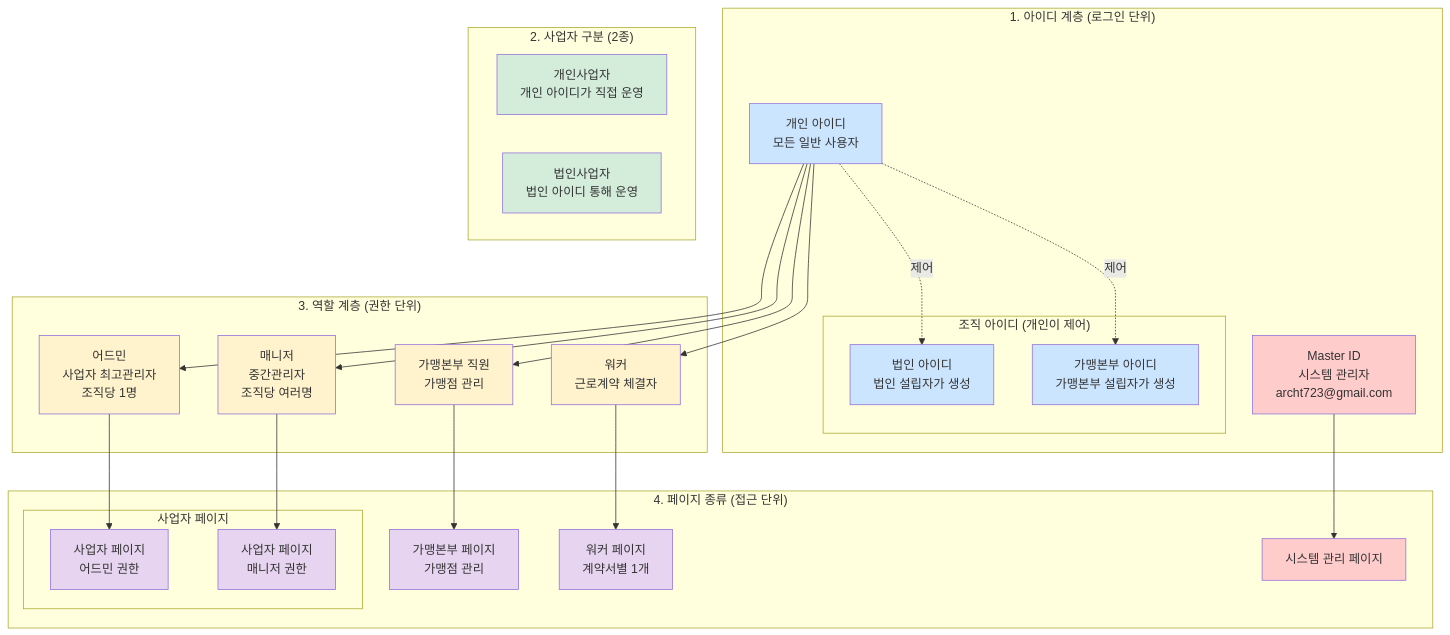
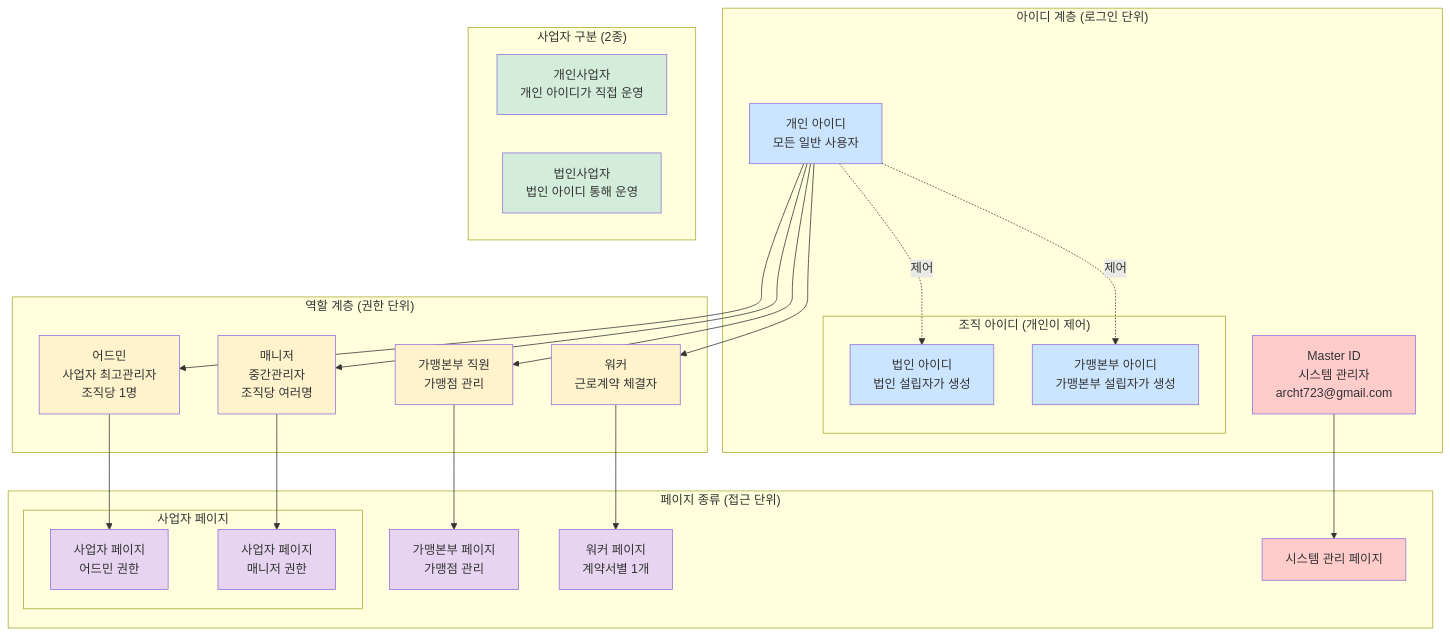
The first of 11 diagrams in services/attendance/user-permission-diagram.md (crazybass81/DOT), drawn with Mermaid before and after one commit.

Commit message:
[Auto-sync] 2025-09-03 06:20:17

````diff
--- a/services/attendance/user-permission-diagram.md
+++ b/services/attendance/user-permission-diagram.md
@@ -5,60 +5,60 @@
 ```mermaid
 graph TB
-    subgraph "1. 아이디 계층 (로그인 단위)"
+    subgraph " 아이디 계층 (로그인 단위)"
         Master[Master ID<br/>시스템 관리자<br/>archt723@gmail.com]
         PersonalID[개인 아이디<br/>모든 일반 사용자]
         
         subgraph "조직 아이디 (개인이 제어)"
             CorpID[법인 아이디<br/>법인 설립자가 생성]
             FranchiseID[가맹본부 아이디<br/>가맹본부 설립자가 생성]
         end
     end
     
-    subgraph "2. 사업자 구분 (2종)"
+    subgraph " 사업자 구분 (2종)"
         IndivBiz[개인사업자<br/>개인 아이디가 직접 운영]
         CorpBiz[법인사업자<br/>법인 아이디 통해 운영]
     end
     
-    subgraph "3. 역할 계층 (권한 단위)"
+    subgraph " 역할 계층 (권한 단위)"
         WorkerRole[워커<br/>근로계약 체결자]
         AdminRole[어드민<br/>사업자 최고관리자<br/>조직당 1명]
         ManagerRole[매니저<br/>중간관리자<br/>조직당 여러명]
         FranchiseRole[가맹본부 직원<br/>가맹점 관리]
     end
     
-    subgraph "4. 페이지 종류 (접근 단위)"
+    subgraph " 페이지 종류 (접근 단위)"
         subgraph "사업자 페이지"
             BizPageAdmin[사업자 페이지<br/>어드민 권한]
             BizPageManager[사업자 페이지<br/>매니저 권한]
         end
         
         FranchisePage[가맹본부 페이지<br/>가맹점 관리]
         WorkerPage[워커 페이지<br/>계약서별 1개]
         SystemPage[시스템 관리 페이지]
     end
     
     Master --> SystemPage
     PersonalID --> WorkerRole
     PersonalID --> AdminRole
     PersonalID --> ManagerRole
     PersonalID --> FranchiseRole
     PersonalID -.제어.-> CorpID
     PersonalID -.제어.-> FranchiseID
     
     AdminRole --> BizPageAdmin
     ManagerRole --> BizPageManager
     FranchiseRole --> FranchisePage
     WorkerRole --> WorkerPage
     
     classDef masterClass fill:#ffcccc
     classDef idClass fill:#cce5ff
     classDef bizClass fill:#d4edda
     classDef roleClass fill:#fff3cd
     classDef pageClass fill:#e7d4f0
     
     class Master,SystemPage masterClass
     class PersonalID,CorpID,FranchiseID idClass
     class IndivBiz,CorpBiz bizClass
     class WorkerRole,AdminRole,ManagerRole,FranchiseRole roleClass
     class BizPageAdmin,BizPageManager,WorkerPage,FranchisePage pageClass
 ```
````
